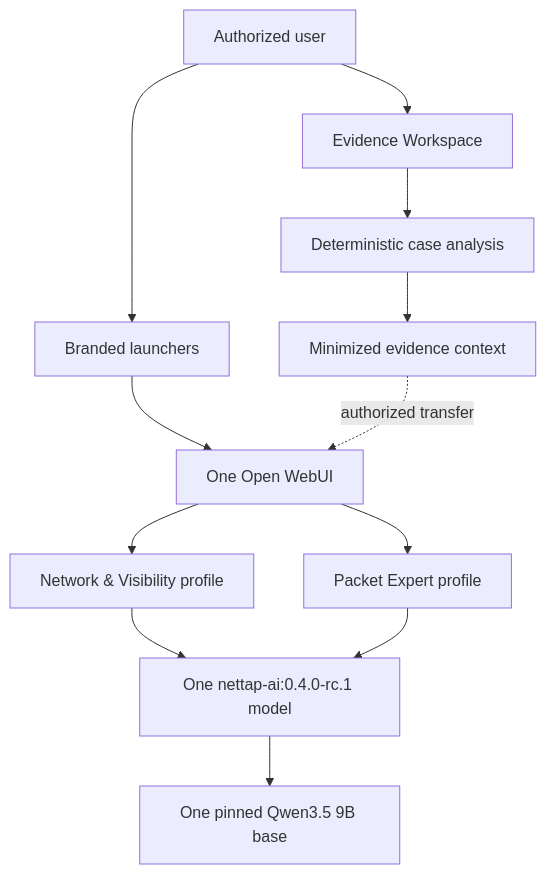
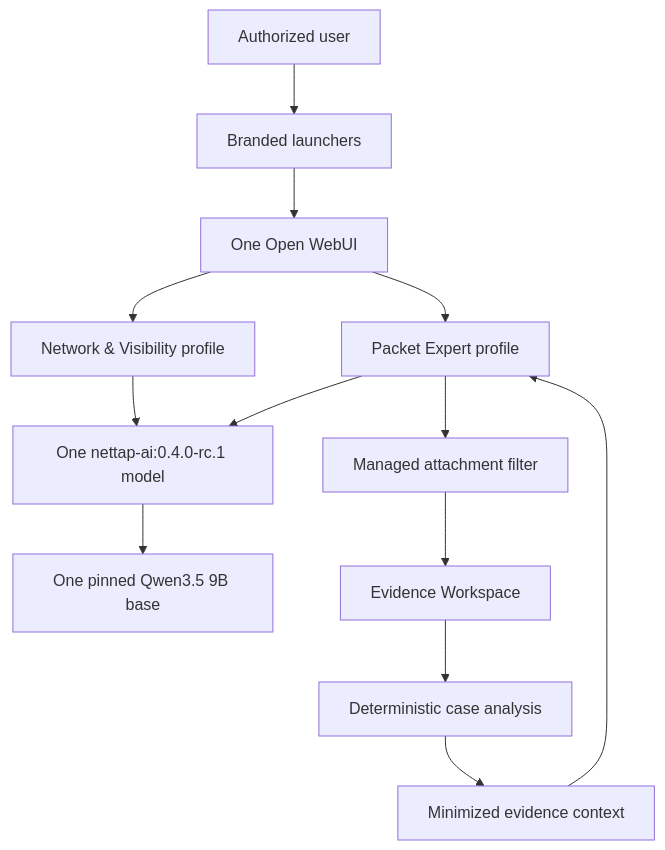
The diagram in README.md (mpdwyer2367/nettap-packet-expert), drawn with Mermaid before and after one commit. The commit also changed other lines of this file and 24 other files, not shown here.

````diff
--- a/README.md
+++ b/README.md
@@ -20,14 +20,15 @@
 ```mermaid
 flowchart TB
     U["Authorized user"] --> L["Branded launchers"]
     L --> W["One Open WebUI"]
     W --> V["Network & Visibility profile"]
     W --> P["Packet Expert profile"]
     V --> N["One nettap-ai:0.4.0-rc.1 model"]
     P --> N
     N --> Q["One pinned Qwen3.5 9B base"]
-    U --> E["Evidence Workspace"]
+    P --> F["Managed attachment filter"]
+    F --> E["Evidence Workspace"]
     E --> D["Deterministic case analysis"]
     D --> X["Minimized evidence context"]
-    X -. "authorized transfer" .-> W
+    X --> P
 ```
````
